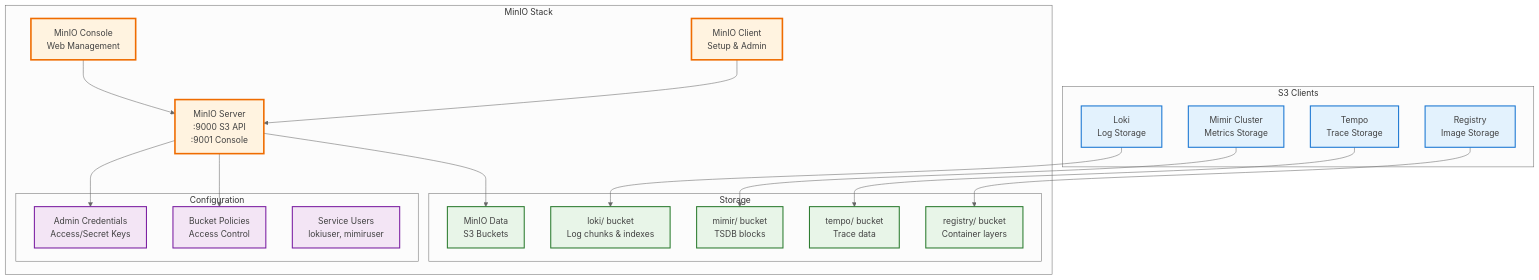
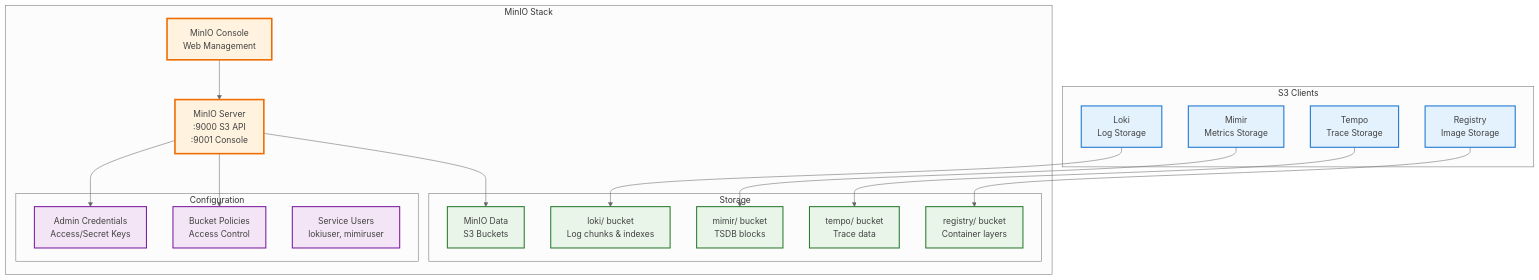
Before and after one commit to mkm29/registry: the diagram in docs/stacks/storage.md, drawn with Mermaid (neutral theme). The commit also changed other lines of this file and 98 other files, not shown here.

````diff
--- a/docs/stacks/storage.md
+++ b/docs/stacks/storage.md
@@ -17,50 +17,48 @@
 ```mermaid
 graph TB
     subgraph "MinIO Stack"
         MinIO[MinIO Server<br/>:9000 S3 API<br/>:9001 Console]
         Console[MinIO Console<br/>Web Management]
-        MC[MinIO Client<br/>Setup & Admin]
 
         subgraph "Storage"
             Data[MinIO Data<br/>S3 Buckets]
             Loki[loki/ bucket<br/>Log chunks & indexes]
             Mimir[mimir/ bucket<br/>TSDB blocks]
             Tempo[tempo/ bucket<br/>Trace data]
             Registry[registry/ bucket<br/>Container layers]
         end
 
         subgraph "Configuration"
             Credentials[Admin Credentials<br/>Access/Secret Keys]
             Policies[Bucket Policies<br/>Access Control]
             Users[Service Users<br/>lokiuser, mimiruser]
         end
     end
 
     subgraph "S3 Clients"
         LokiSvc[Loki<br/>Log Storage]
-        MimirSvc[Mimir Cluster<br/>Metrics Storage]
+        MimirSvc[Mimir<br/>Metrics Storage]
         TempoSvc[Tempo<br/>Trace Storage]
         RegistrySvc[Registry<br/>Image Storage]
     end
 
     MinIO --> Data
     MinIO --> Credentials
     MinIO --> Policies
     Console --> MinIO
-    MC --> MinIO
 
     LokiSvc --> Loki
     MimirSvc --> Mimir
     TempoSvc --> Tempo
     RegistrySvc --> Registry
 
     classDef storage fill:#fff3e0,stroke:#ef6c00,stroke-width:3px,color:#424242
     classDef config fill:#f3e5f5,stroke:#7b1fa2,stroke-width:2px,color:#424242
     classDef data fill:#e8f5e8,stroke:#2e7d32,stroke-width:2px,color:#424242
     classDef clients fill:#e3f2fd,stroke:#1976d2,stroke-width:2px,color:#424242
 
-    class MinIO,Console,MC storage
+    class MinIO,Console storage
     class Credentials,Policies,Users config
     class Data,Loki,Mimir,Tempo,Registry data
     class LokiSvc,MimirSvc,TempoSvc,RegistrySvc clients
 ```
````
